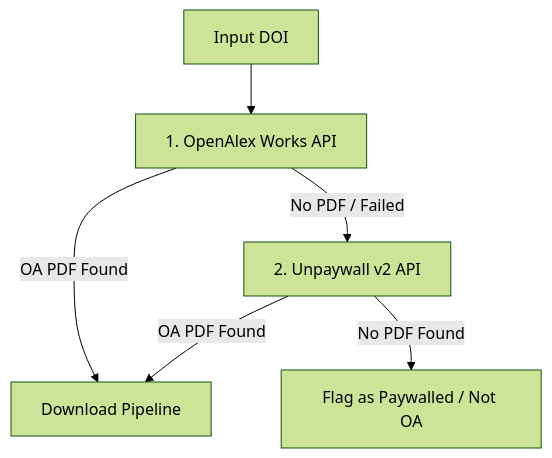
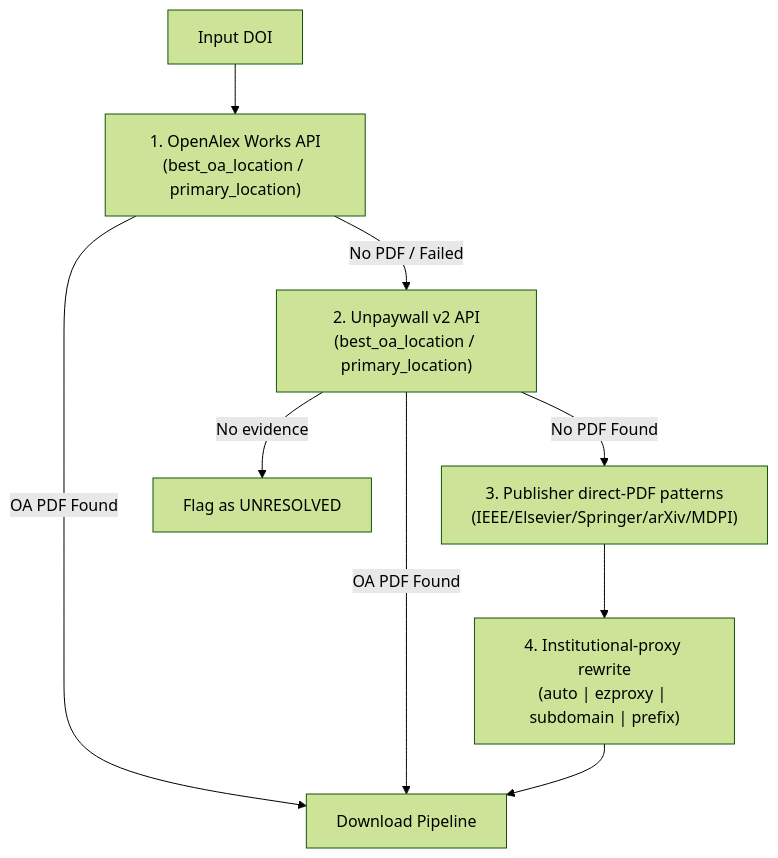
The diagram in .agents/plugins/nexus-scholar/skills/scholar-pdf-kit/references/resolution_and_download.md (nexus-scholar-org/nexus-scholar-harness), drawn with Mermaid (forest theme) before and after one commit. The commit also changed other lines of this file and 36 other files, not shown here.

````diff
--- a/.agents/plugins/nexus-scholar/skills/scholar-pdf-kit/references/resolution_and_download.md
+++ b/.agents/plugins/nexus-scholar/skills/scholar-pdf-kit/references/resolution_and_download.md
@@ -11,8 +12,11 @@
 ```mermaid
 flowchart TD
-    DOI["Input DOI"] --> OA["1. OpenAlex Works API"]
+    DOI["Input DOI"] --> OA["1. OpenAlex Works API\n(best_oa_location / primary_location)"]
     OA -- "OA PDF Found" --> DL["Download Pipeline"]
-    OA -- "No PDF / Failed" --> UP["2. Unpaywall v2 API"]
+    OA -- "No PDF / Failed" --> UP["2. Unpaywall v2 API\n(best_oa_location / primary_location)"]
     UP -- "OA PDF Found" --> DL
-    UP -- "No PDF Found" --> FAIL["Flag as Paywalled / Not OA"]
+    UP -- "No PDF Found" --> DIR["3. Publisher direct-PDF patterns\n(IEEE/Elsevier/Springer/arXiv/MDPI)"]
+    DIR --> PROX["4. Institutional-proxy rewrite\n(auto | ezproxy | subdomain | prefix)"]
+    PROX --> DL
+    UP -- "No evidence" --> FAIL["Flag as UNRESOLVED"]
 ```
````
